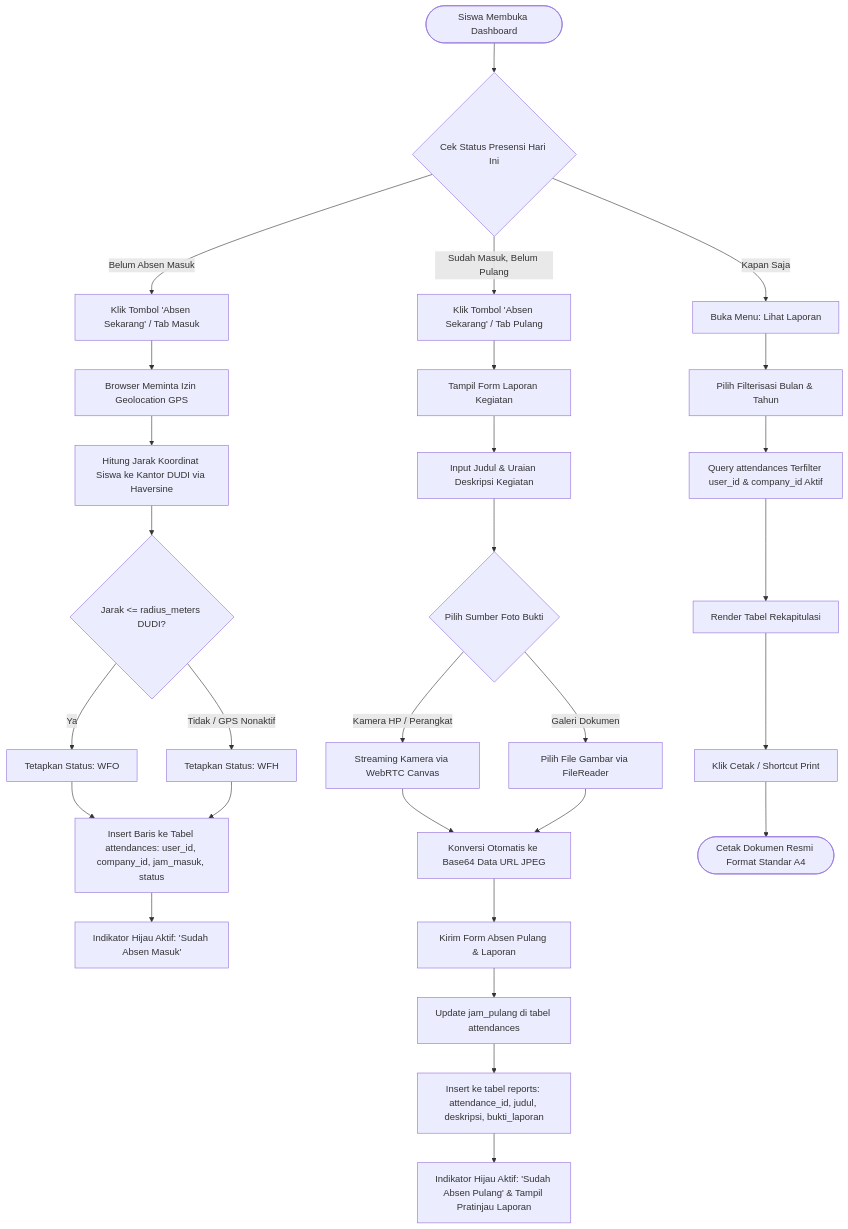
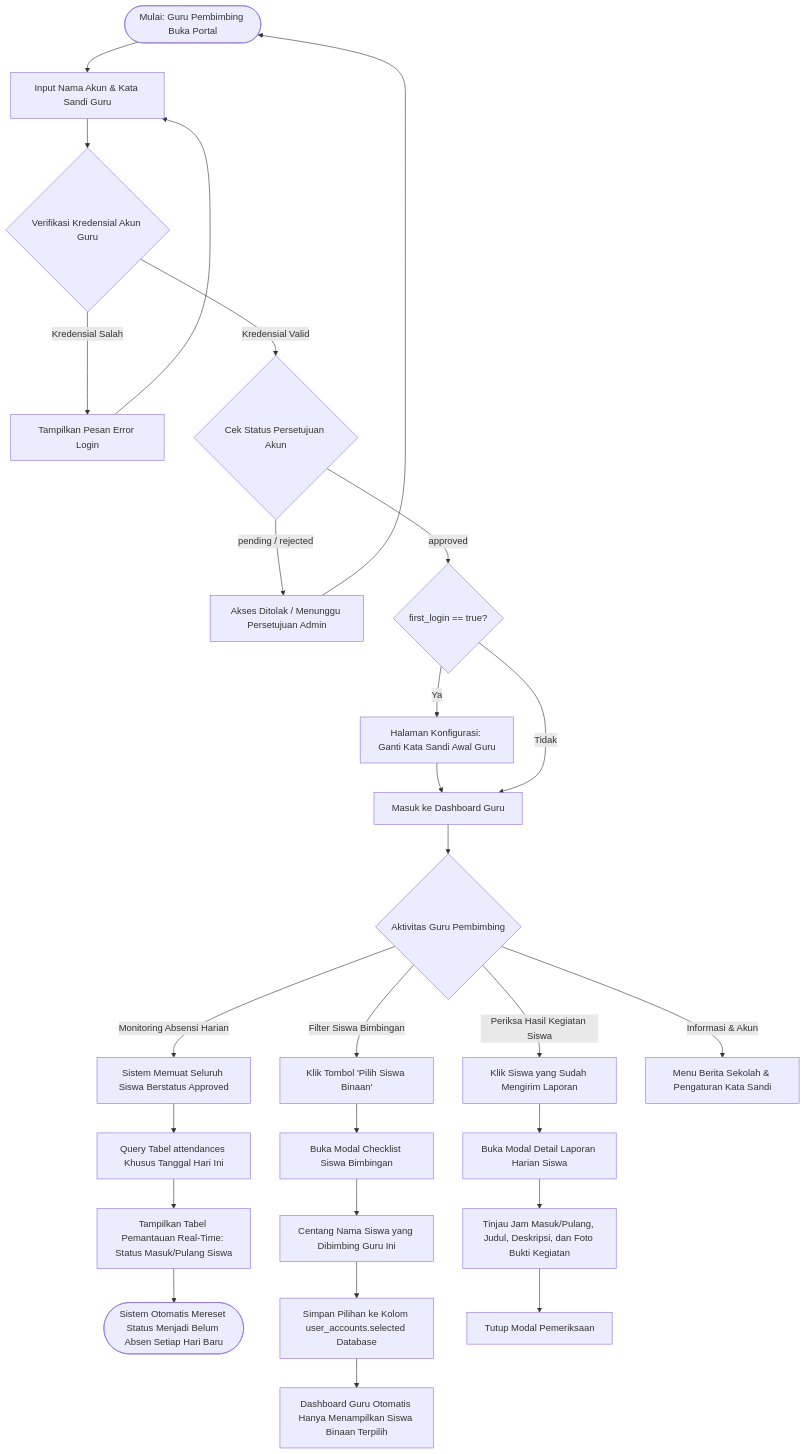
Before and after one commit to hilmi4zzam/ViskaToring-UKK-XII-RPL: the third of 4 diagrams in README.md, drawn with Mermaid. The commit also changed other lines of this file, not shown here.

````diff
--- a/README.md
+++ b/README.md
@@ -223,37 +250,39 @@
 ```mermaid
 flowchart TD
-    MulaiSiswa([Siswa Membuka Dashboard]) --> CekAbsen{Cek Status Presensi Hari Ini}
+    StartGuru([Mulai: Guru Pembimbing Buka Portal]) --> InputLoginGuru[Input Nama Akun & Kata Sandi Guru]
+    InputLoginGuru --> CekAuthGuru{Verifikasi Kredensial Akun Guru}
     
-    %% Alur Absen Masuk
-    CekAbsen -->|Belum Absen Masuk| KlikMasuk[Klik Tombol 'Absen Sekarang' / Tab Masuk]
-    KlikMasuk --> AmbilGPS[Browser Meminta Izin Geolocation GPS]
-    AmbilGPS --> HitungJarak[Hitung Jarak Koordinat Siswa ke Kantor DUDI via Haversine]
-    HitungJarak --> CekRadius{Jarak <= radius_meters DUDI?}
-    CekRadius -->|Ya| SetWFO[Tetapkan Status: WFO]
-    CekRadius -->|Tidak / GPS Nonaktif| SetWFH[Tetapkan Status: WFH]
-    SetWFO --> SimpanMasuk[Insert Baris ke Tabel attendances: user_id, company_id, jam_masuk, status]
-    SetWFH --> SimpanMasuk
-    SimpanMasuk --> UpdateUI1[Indikator Hijau Aktif: 'Sudah Absen Masuk']
+    CekAuthGuru -->|Kredensial Salah| ErrLoginGuru[Tampilkan Pesan Error Login] --> InputLoginGuru
+    CekAuthGuru -->|Kredensial Valid| CekStatusGuru{Cek Status Persetujuan Akun}
     
-    %% Alur Absen Pulang
-    CekAbsen -->|Sudah Masuk, Belum Pulang| KlikPulang[Klik Tombol 'Absen Sekarang' / Tab Pulang]
-    KlikPulang --> FormLaporan[Tampil Form Laporan Kegiatan]
-    FormLaporan --> InputTeks[Input Judul & Uraian Deskripsi Kegiatan]
-    InputTeks --> PilihMedia{Pilih Sumber Foto Bukti}
-    PilihMedia -->|Kamera HP / Perangkat| BukaKamera[Streaming Kamera via WebRTC Canvas]
-    PilihMedia -->|Galeri Dokumen| UploadFile[Pilih File Gambar via FileReader]
-    BukaKamera --> ConvertBase64[Konversi Otomatis ke Base64 Data URL JPEG]
-    UploadFile --> ConvertBase64
-    ConvertBase64 --> SubmitPulang[Kirim Form Absen Pulang & Laporan]
-    SubmitPulang --> UpdateAtt[Update jam_pulang di tabel attendances]
-    UpdateAtt --> InsertRep[Insert ke tabel reports: attendance_id, judul, deskripsi, bukti_laporan]
-    InsertRep --> UpdateUI2[Indikator Hijau Aktif: 'Sudah Absen Pulang' & Tampil Pratinjau Laporan]
+    CekStatusGuru -->|pending / rejected| TolakAksesGuru[Akses Ditolak / Menunggu Persetujuan Admin] --> StartGuru
+    CekStatusGuru -->|approved| CekFirstLoginGuru{first_login == true?}
     
-    %% Alur Cetak Laporan
-    CekAbsen -->|Kapan Saja| BukaLaporan[Buka Menu: Lihat Laporan]
-    BukaLaporan --> FilterBulan[Pilih Filterisasi Bulan & Tahun]
-    FilterBulan --> LoadDataDudi[Query attendances Terfilter user_id & company_id Aktif]
-    LoadDataDudi --> TampilTabel[Render Tabel Rekapitulasi]
-    TampilTabel --> CetakPDF[Klik Cetak / Shortcut Print]
-    CetakPDF --> CetakA4([Cetak Dokumen Resmi Format Standar A4])
+    CekFirstLoginGuru -->|Ya| KonfigGuru[Halaman Konfigurasi: Ganti Kata Sandi Awal Guru]
+    KonfigGuru --> DashboardGuru[Masuk ke Dashboard Guru]
+    CekFirstLoginGuru -->|Tidak| DashboardGuru
+    
+    DashboardGuru --> FiturGuru{Aktivitas Guru Pembimbing}
+    
+    %% Pemantauan Harian
+    FiturGuru -->|Monitoring Absensi Harian| LoadDataSiswa[Sistem Memuat Seluruh Siswa Berstatus Approved]
+    LoadDataSiswa --> LoadAbsenHariIni[Query Tabel attendances Khusus Tanggal Hari Ini]
+    LoadAbsenHariIni --> TampilTabelMonitoring[Tampilkan Tabel Pemantauan Real-Time: Status Masuk/Pulang Siswa]
+    TampilTabelMonitoring --> ResetHarian([Sistem Otomatis Mereset Status Menjadi Belum Absen Setiap Hari Baru])
+    
+    %% Filter Siswa Bimbingan
+    FiturGuru -->|Filter Siswa Bimbingan| KlikTombolFilter[Klik Tombol 'Pilih Siswa Binaan']
+    KlikTombolFilter --> BukaModalPilih[Buka Modal Checklist Siswa Bimbingan]
+    BukaModalPilih --> PilihSiswaBinaan[Centang Nama Siswa yang Dibimbing Guru Ini]
+    PilihSiswaBinaan --> SimpanPilihan[Simpan Pilihan ke Kolom user_accounts.selected Database]
+    SimpanPilihan --> FilterAktif[Dashboard Guru Otomatis Hanya Menampilkan Siswa Binaan Terpilih]
+    
+    %% Periksa Laporan Harian
+    FiturGuru -->|Periksa Hasil Kegiatan Siswa| KlikDetailLaporan[Klik Siswa yang Sudah Mengirim Laporan]
+    KlikDetailLaporan --> ModalDetailLaporan[Buka Modal Detail Laporan Harian Siswa]
+    ModalDetailLaporan --> TinjauLaporan[Tinjau Jam Masuk/Pulang, Judul, Deskripsi, dan Foto Bukti Kegiatan]
+    TinjauLaporan --> TutupModal[Tutup Modal Pemeriksaan]
+    
+    %% Berita & Pengaturan
+    FiturGuru -->|Informasi & Akun| MenuLainGuru[Menu Berita Sekolah & Pengaturan Kata Sandi]
 ```
````
